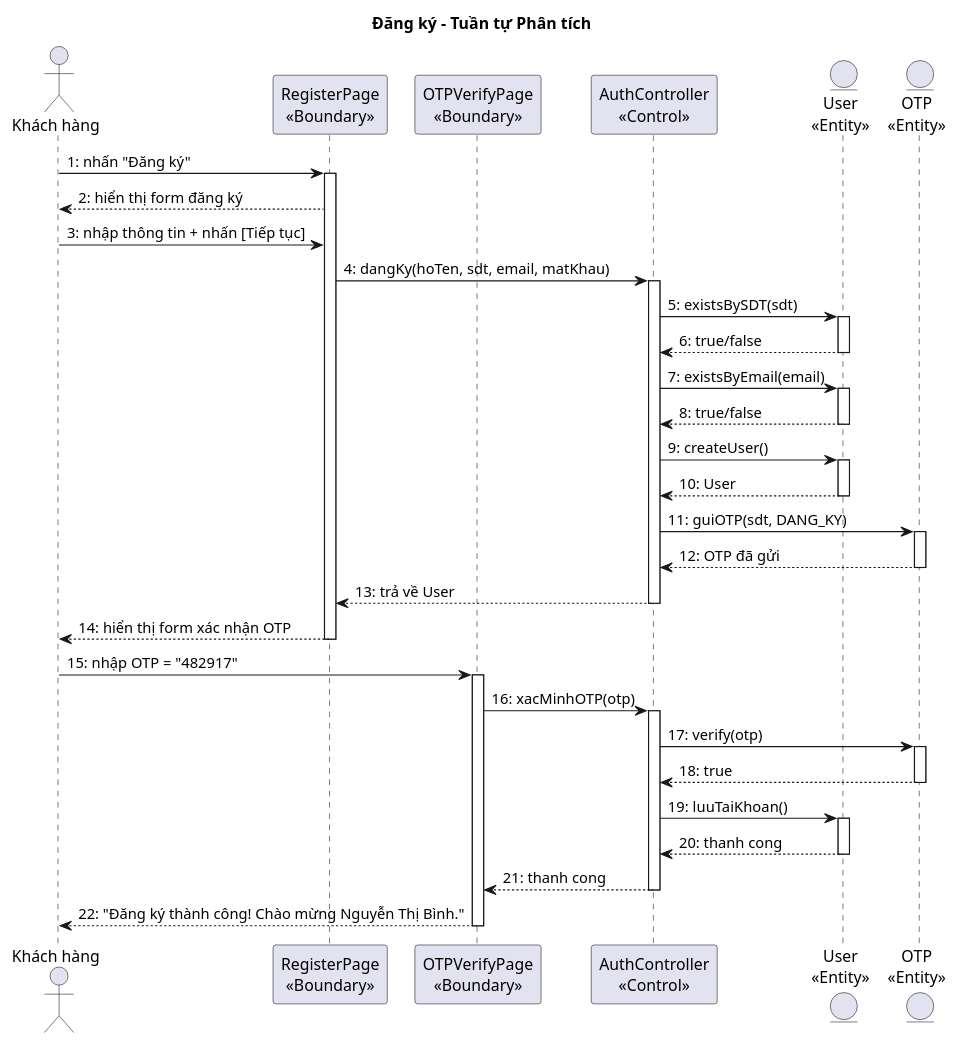
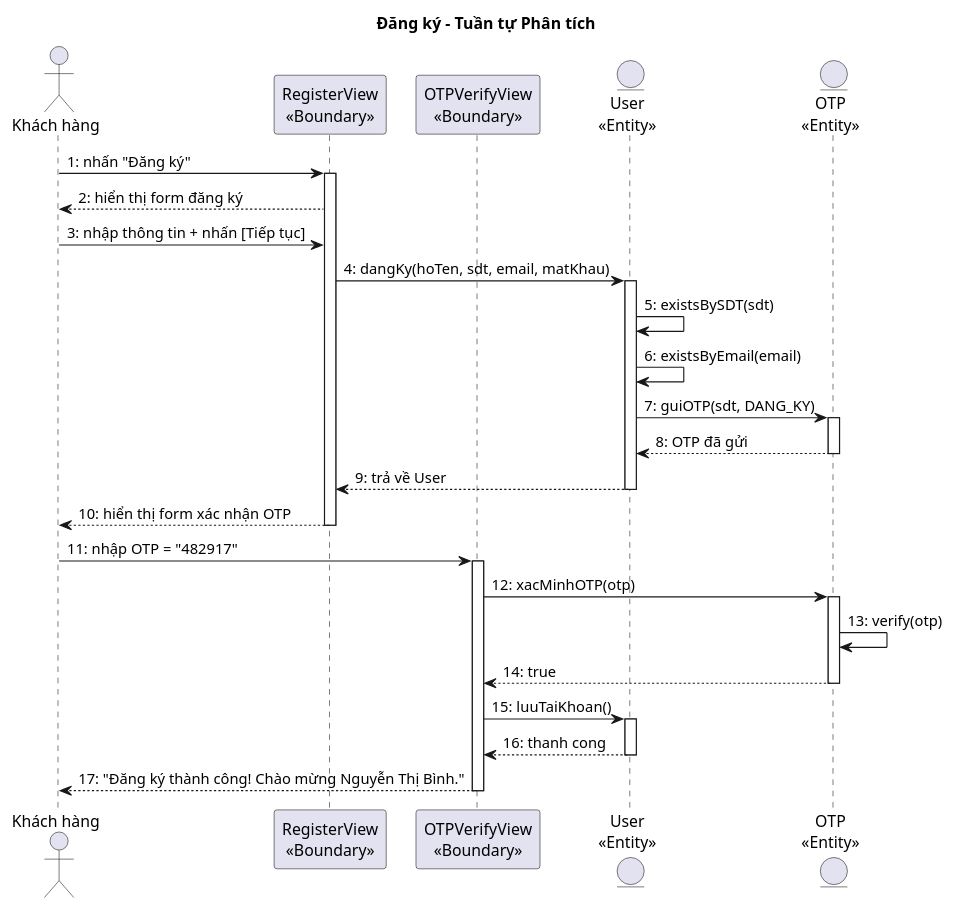
One commit to thanhtrnnn/cnpm changed the second of 5 diagrams in docs/tabs/section-account-ii.md. Above: the diagram before and after it, drawn with PlantUML. The commit also changed other lines of this file and 7 other files, not shown here.

First line of the commit message:
fix: analysis phase — View suffix, no Controller, methods on Entity

````diff
--- a/docs/tabs/section-account-ii.md
+++ b/docs/tabs/section-account-ii.md
@@ -250,56 +273,42 @@
 ```plantuml
 @startuml
 title Đăng ký – Tuần tự Phân tích
 
 actor "Khách hàng" as KH
-participant "RegisterPage\n<<Boundary>>" as B1
-participant "OTPVerifyPage\n<<Boundary>>" as B2
-participant "AuthController\n<<Control>>" as C1
+participant "RegisterView\n<<Boundary>>" as B1
+participant "OTPVerifyView\n<<Boundary>>" as B2
 entity "User\n<<Entity>>" as E1
 entity "OTP\n<<Entity>>" as E2
 
 KH -> B1 : 1: nhấn "Đăng ký"
 activate B1
 B1 --> KH : 2: hiển thị form đăng ký
 KH -> B1 : 3: nhập thông tin + nhấn [Tiếp tục]
-B1 -> C1 : 4: dangKy(hoTen, sdt, email, matKhau)
-activate C1
-C1 -> E1 : 5: existsBySDT(sdt)
+B1 -> E1 : 4: dangKy(hoTen, sdt, email, matKhau)
 activate E1
-E1 --> C1 : 6: true/false
+E1 -> E1 : 5: existsBySDT(sdt)
+E1 -> E1 : 6: existsByEmail(email)
+E1 -> E2 : 7: guiOTP(sdt, DANG_KY)
+activate E2
+E2 --> E1 : 8: OTP đã gửi
+deactivate E2
+E1 --> B1 : 9: trả về User
 deactivate E1
-C1 -> E1 : 7: existsByEmail(email)
-activate E1
-E1 --> C1 : 8: true/false
-deactivate E1
-C1 -> E1 : 9: createUser()
-activate E1
-E1 --> C1 : 10: User
-deactivate E1
-C1 -> E2 : 11: guiOTP(sdt, DANG_KY)
-activate E2
-E2 --> C1 : 12: OTP đã gửi
-deactivate E2
-C1 --> B1 : 13: trả về User
-deactivate C1
-B1 --> KH : 14: hiển thị form xác nhận OTP
+B1 --> KH : 10: hiển thị form xác nhận OTP
 deactivate B1
 
-KH -> B2 : 15: nhập OTP = "482917"
+KH -> B2 : 11: nhập OTP = "482917"
 activate B2
-B2 -> C1 : 16: xacMinhOTP(otp)
-activate C1
-C1 -> E2 : 17: verify(otp)
+B2 -> E2 : 12: xacMinhOTP(otp)
 activate E2
-E2 --> C1 : 18: true
+E2 -> E2 : 13: verify(otp)
+E2 --> B2 : 14: true
 deactivate E2
-C1 -> E1 : 19: luuTaiKhoan()
+B2 -> E1 : 15: luuTaiKhoan()
 activate E1
-E1 --> C1 : 20: thanh cong
+E1 --> B2 : 16: thanh cong
 deactivate E1
-C1 --> B2 : 21: thanh cong
-deactivate C1
-B2 --> KH : 22: "Đăng ký thành công! Chào mừng Nguyễn Thị Bình."
+B2 --> KH : 17: "Đăng ký thành công! Chào mừng Nguyễn Thị Bình."
 deactivate B2
 @enduml
 ```
````
